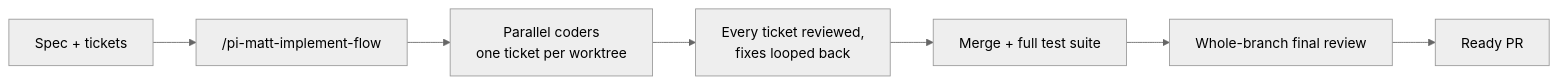
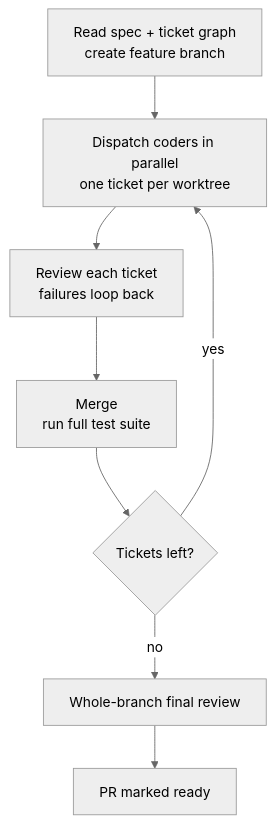
Before and after one commit to toomanyopenfiles/pi-matt-implement-flow: the diagram in README.md, drawn with Mermaid (neutral theme). The commit also changed other lines of this file and 1 other file, not shown here.

````diff
--- a/README.md
+++ b/README.md
@@ -70,9 +86,10 @@
 ```mermaid
-flowchart LR
-    S[Spec + tickets] --> O["/pi-matt-implement-flow"]
-    O --> P[Parallel coders<br>one ticket per worktree]
-    P --> R[Every ticket reviewed,<br>fixes looped back]
-    R --> M[Merge + full test suite]
-    M --> F[Whole-branch final review]
-    F --> PR[Ready PR]
+flowchart TD
+    A["Read spec + ticket graph<br>create feature branch"] --> B["Dispatch coders in parallel<br>one ticket per worktree"]
+    B --> C["Review each ticket<br>failures loop back"]
+    C --> D["Merge<br>run full test suite"]
+    D --> E{"Tickets left?"}
+    E -- yes --> B
+    E -- no --> F["Whole-branch final review"]
+    F --> G["PR marked ready"]
 ```
````
